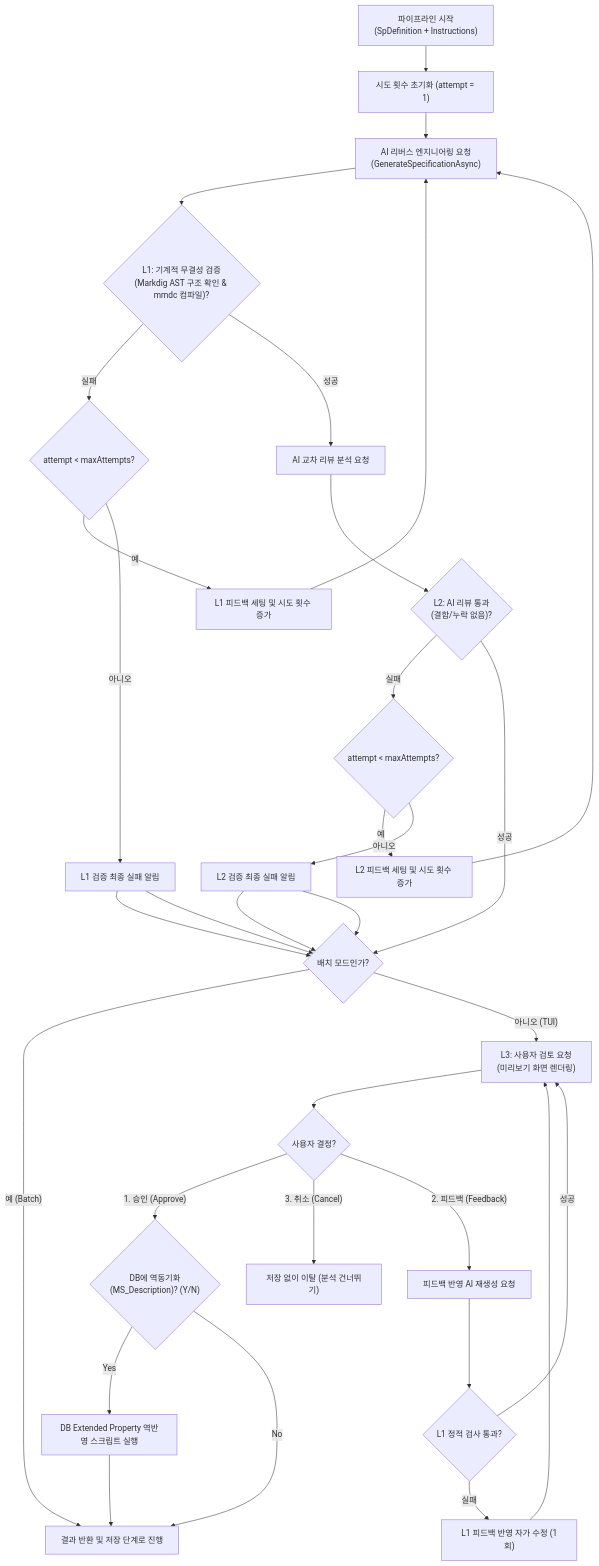
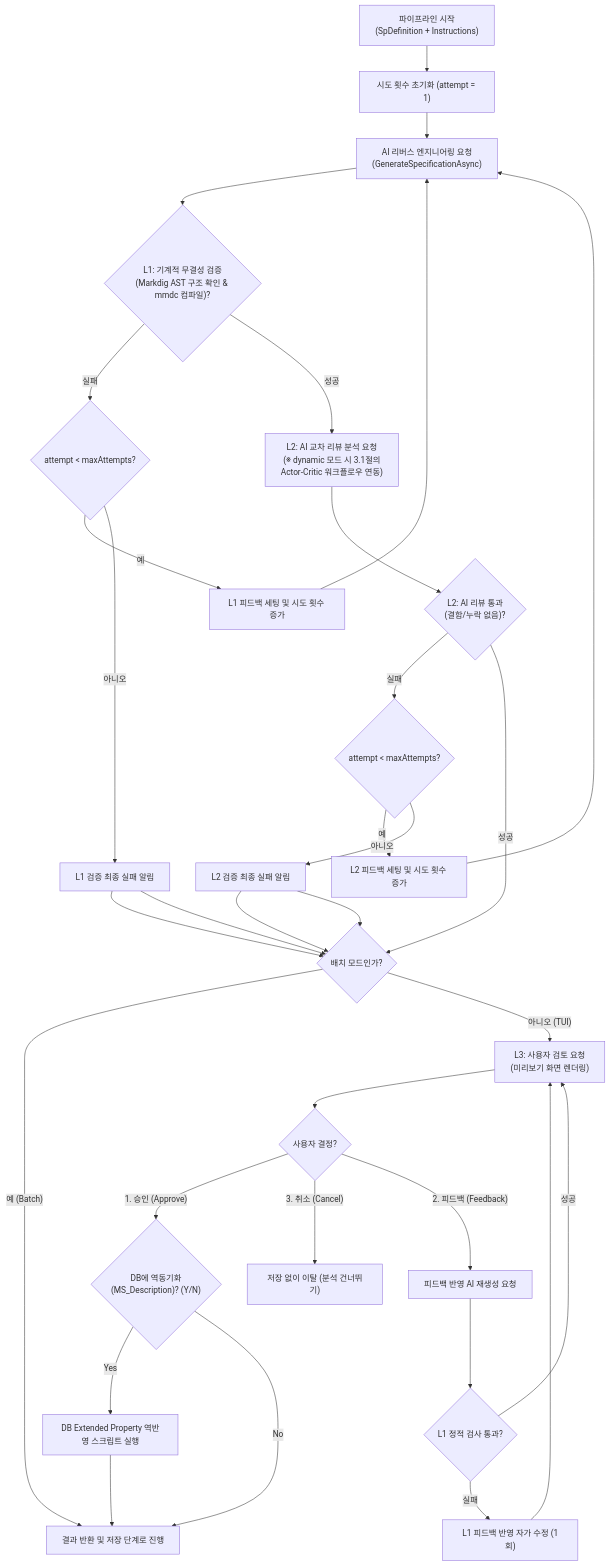
One commit to moondae815/sp-reverse-engineering changed the second of 4 diagrams in docs/architecture.md. Above: the diagram before and after it, drawn with Mermaid. The commit also changed other lines of this file, not shown here.

Commit message:
docs: improve diagram connection and add dynamic mode notes in architecture.md

````diff
--- a/docs/architecture.md
+++ b/docs/architecture.md
@@ -247,37 +247,37 @@
 ```mermaid
 graph TD
     StartPipeline["파이프라인 시작<br/>(SpDefinition + Instructions)"] --> InitAttempt["시도 횟수 초기화 (attempt = 1)"]
     InitAttempt --> CallAI["AI 리버스 엔지니어링 요청<br/>(GenerateSpecificationAsync)"]
     
     CallAI --> L1Check{"L1: 기계적 무결성 검증<br/>(Markdig AST 구조 확인 & mmdc 컴파일)?"}
     
     L1Check -- "실패" --> L1FailAttempt{"attempt < maxAttempts?"}
     L1FailAttempt -- "예" --> SetL1Feedback["L1 피드백 세팅 및 시도 횟수 증가"] --> CallAI
     L1FailAttempt -- "아니오" --> L1Abort["L1 검증 최종 실패 알림"] --> L3Check
     
-    L1Check -- "성공" --> L2Review["AI 교차 리뷰 분석 요청"]
+    L1Check -- "성공" --> L2Review["L2: AI 교차 리뷰 분석 요청<br/>(※ dynamic 모드 시 3.1절의<br/>Actor-Critic 워크플로우 연동)"]
     L2Review --> L2Check{"L2: AI 리뷰 통과<br/>(결함/누락 없음)?"}
     
     L2Check -- "실패" --> L2FailAttempt{"attempt < maxAttempts?"}
     L2FailAttempt -- "예" --> SetL2Feedback["L2 피드백 세팅 및 시도 횟수 증가"] --> CallAI
     L2FailAttempt -- "아니오" --> L2Abort["L2 검증 최종 실패 알림"] --> L3Check
     
     L2Check -- "성공" --> L3Check{"배치 모드인가?"}
     L1Abort --> L3Check
     L2Abort --> L3Check
     
     L3Check -- "예 (Batch)" --> ReturnSuccess["결과 반환 및 저장 단계로 진행"]
     
     L3Check -- "아니오 (TUI)" --> HumanReview["L3: 사용자 검토 요청<br/>(미리보기 화면 렌더링)"]
     HumanReview --> HumanDecision{"사용자 결정?"}
     
     HumanDecision -- "1. 승인 (Approve)" --> ConfirmSync{"DB에 역동기화<br/>(MS_Description)? (Y/N)"}
     ConfirmSync -- "Yes" --> ExecSync["DB Extended Property 역반영 스크립트 실행"] --> ReturnSuccess
     ConfirmSync -- "No" --> ReturnSuccess
     HumanDecision -- "3. 취소 (Cancel)" --> ReturnCancel["저장 없이 이탈 (분석 건너뛰기)"]
     HumanDecision -- "2. 피드백 (Feedback)" --> RegenerateAI["피드백 반영 AI 재생성 요청"]
     
     RegenerateAI --> L1ReCheck{"L1 정적 검사 통과?"}
     L1ReCheck -- "실패" --> SetL1ReFeedback["L1 피드백 반영 자가 수정 (1회)"] --> HumanReview
     L1ReCheck -- "성공" --> HumanReview
 ```
````
